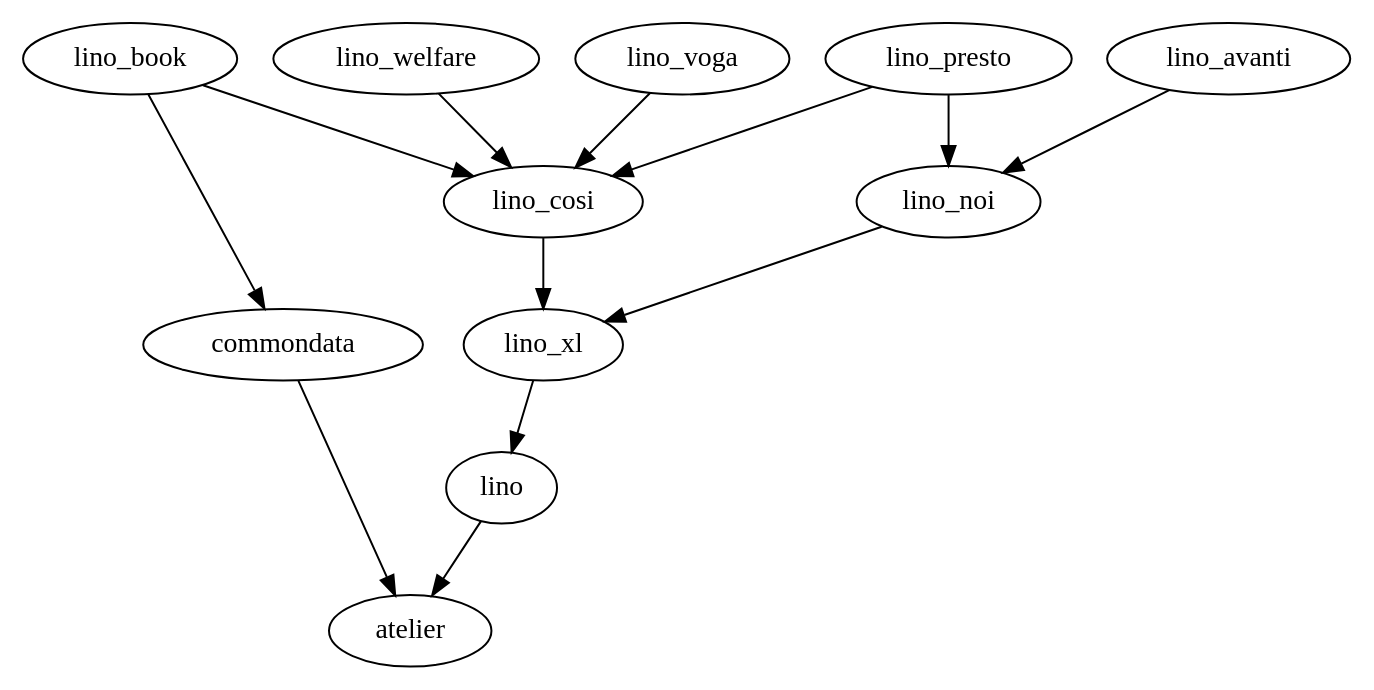
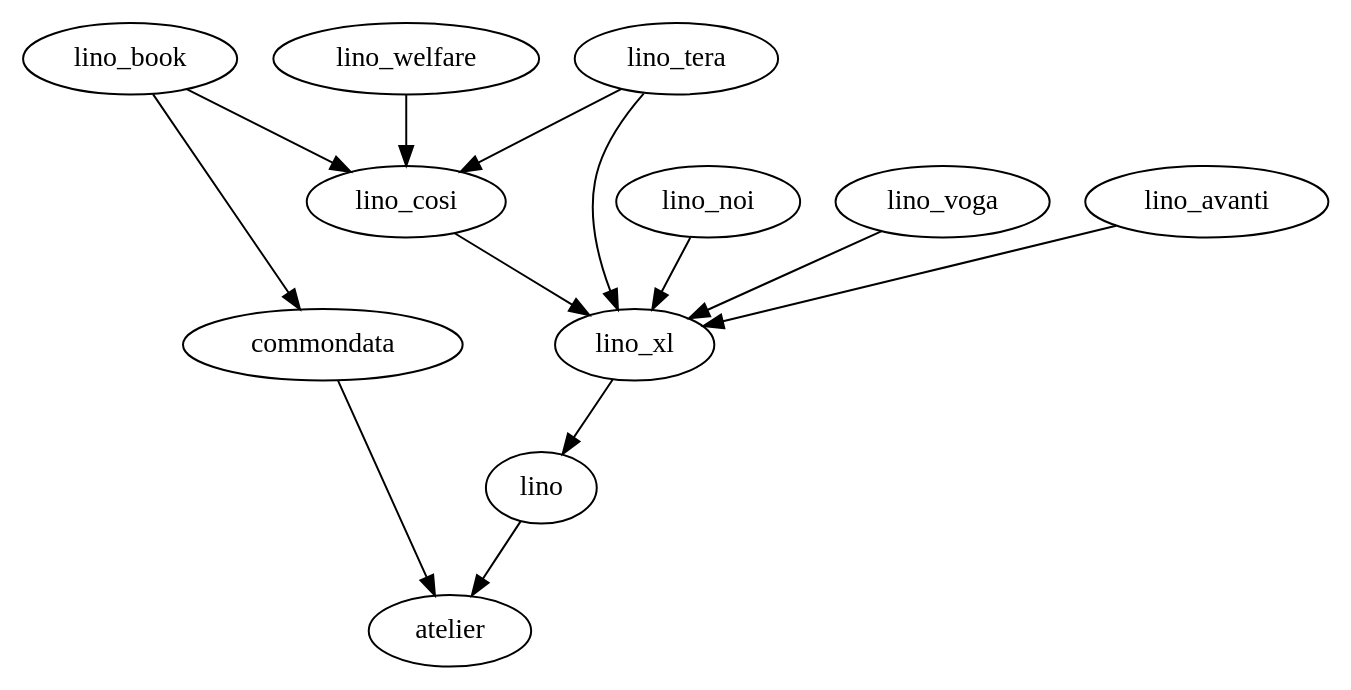
Before and after one commit to lino-framework/book: the diagram in docs/dev/overview.rst, drawn with Graphviz. The commit also changed other lines of this file and 95 other files, not shown here.

```diff
--- a/docs/dev/overview.rst
+++ b/docs/dev/overview.rst
@@ -49,18 +49,18 @@
 .. graphviz::
 
    digraph foo {
    
     commondata -> atelier
     lino -> atelier;
     lino_xl -> lino;
     lino_book -> lino_cosi; 
     lino_book -> commondata; 
     lino_noi -> lino_xl; 
     lino_cosi -> lino_xl; 
     lino_welfare -> lino_cosi;
-    lino_voga -> lino_cosi;
-    lino_presto -> lino_cosi;
-    lino_presto -> lino_noi;
-    lino_avanti -> lino_noi;
+    lino_voga -> lino_xl;
+    lino_tera -> lino_cosi;
+    lino_tera -> lino_xl;
+    lino_avanti -> lino_xl;
 
    }
```
